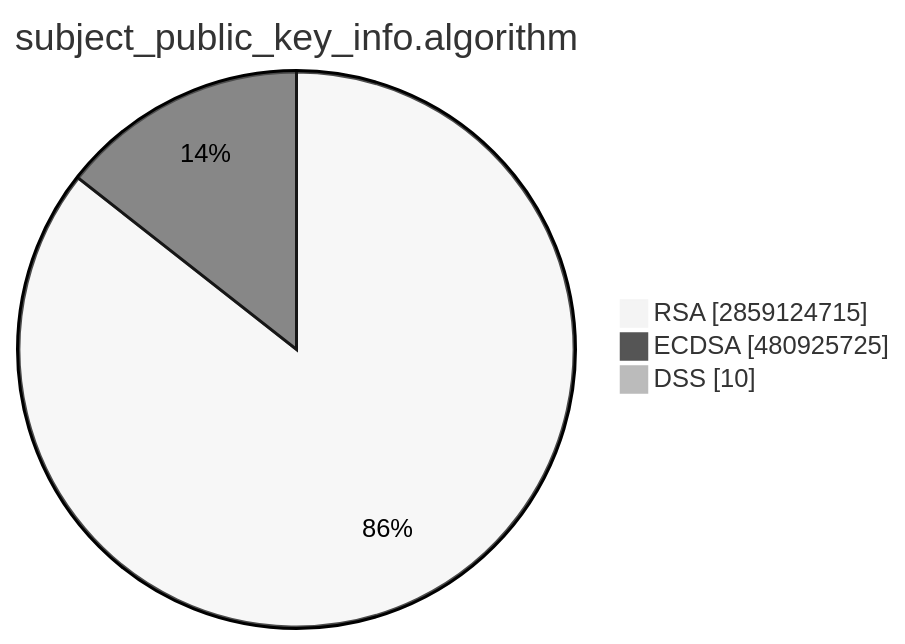
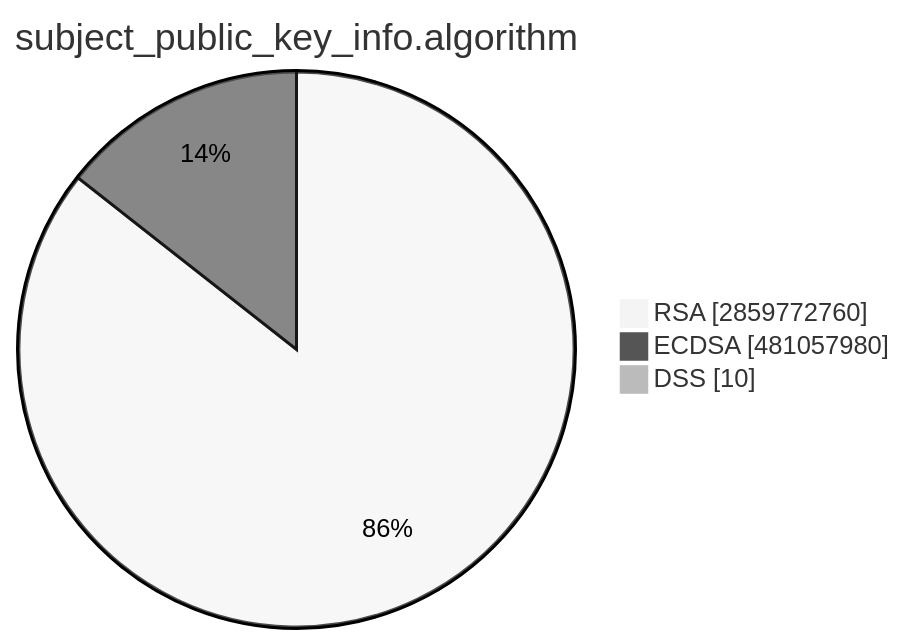
Before and after one commit to christiankrug/ctmonitor_visualization: the second of 15 diagrams in TOTAL/README.md, drawn with Mermaid (neutral theme). The commit also changed other lines of this file, not shown here.

````diff
--- a/TOTAL/README.md
+++ b/TOTAL/README.md
@@ -6,7 +6,7 @@
 ```mermaid
 pie showData
 title subject_public_key_info.algorithm
-"RSA" :2859124715
-"ECDSA" :480925725
+"RSA" :2859772760
+"ECDSA" :481057980
 "DSS" :10
 ```
````
